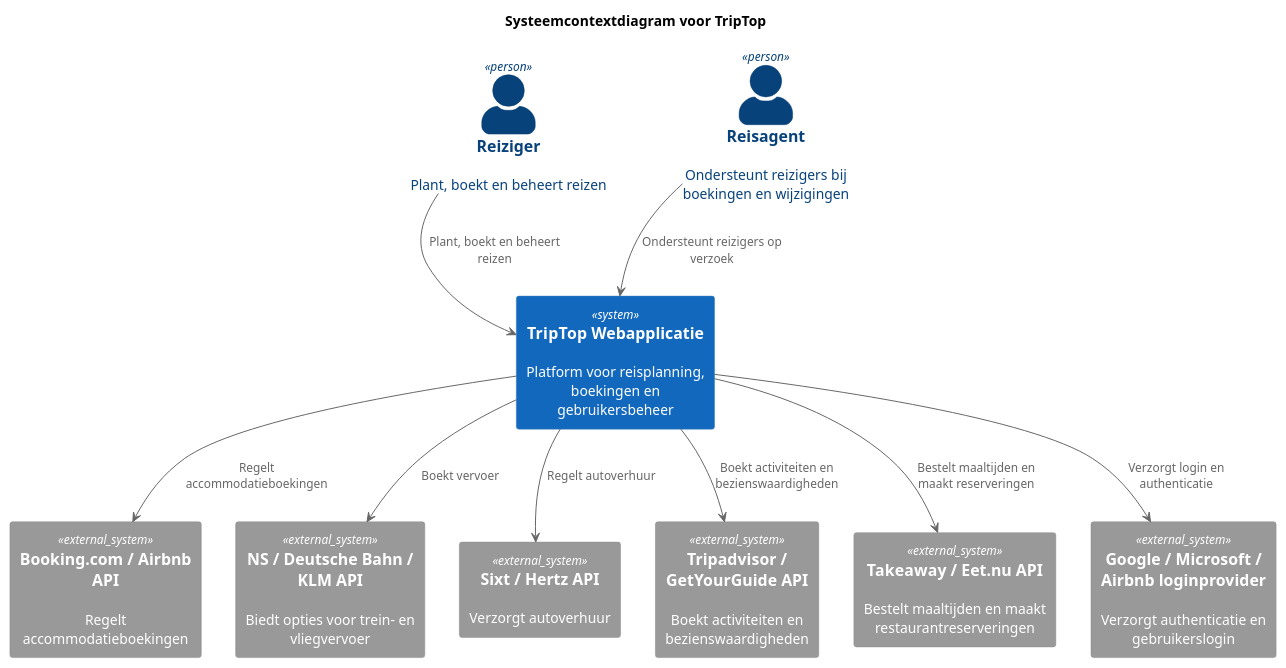
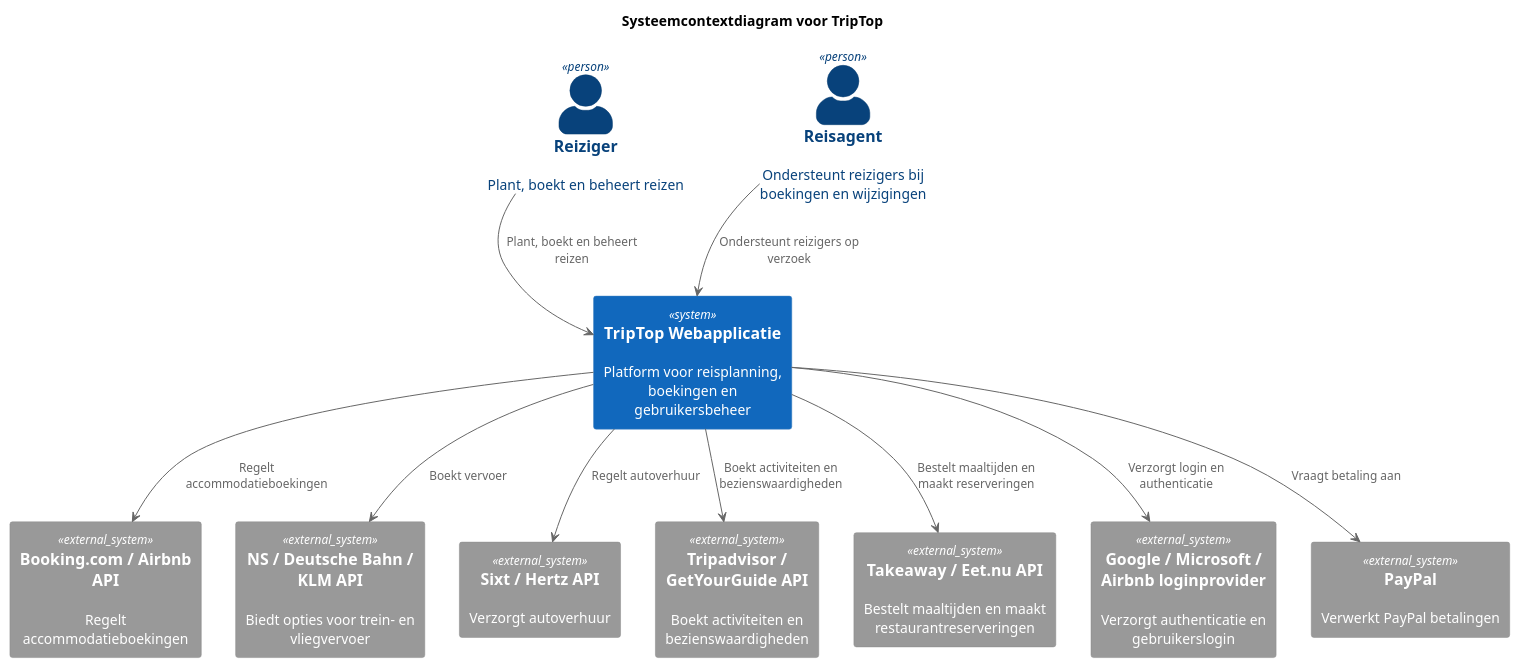
Before and after one commit to AIM-ENE-feb25/triptop-groep-3: the diagram in opdracht-diagrammen/C4 Context/Oud of overig/C4 Context diagram - Kevin.puml, drawn with PlantUML. The commit also changed 3 other files, not shown here.

Commit message:
Update diagrammen

```diff
--- a/opdracht-diagrammen/C4 Context/Oud of overig/C4 Context diagram - Kevin.puml
+++ b/opdracht-diagrammen/C4 Context/Oud of overig/C4 Context diagram - Kevin.puml
@@ -1,44 +1,46 @@
 @startuml
 
 !include https://raw.githubusercontent.com/plantuml-stdlib/C4-PlantUML/master/C4_Context.puml
 
 title Systeemcontextdiagram voor TripTop
 SHOW_PERSON_PORTRAIT()
 
 ' Gebruikers (boven)
 Person(Traveler, "Reiziger", "Plant, boekt en beheert reizen")
 Person(TravelAgent, "Reisagent", "Ondersteunt reizigers bij boekingen en wijzigingen")
 
 ' Systeem (midden)
 System(TripTop, "TripTop Webapplicatie", "Platform voor reisplanning, boekingen en gebruikersbeheer")
 
 ' Externe systemen (onder)
 System_Ext(Booking, "Booking.com / Airbnb API", "Regelt accommodatieboekingen")
 System_Ext(Transport, "NS / Deutsche Bahn / KLM API", "Biedt opties voor trein- en vliegvervoer")
 System_Ext(CarRent, "Sixt / Hertz API", "Verzorgt autoverhuur")
 System_Ext(Activities, "Tripadvisor / GetYourGuide API", "Boekt activiteiten en bezienswaardigheden")
 System_Ext(Food, "Takeaway / Eet.nu API", "Bestelt maaltijden en maakt restaurantreserveringen")
 System_Ext(IdProvider, "Google / Microsoft / Airbnb loginprovider", "Verzorgt authenticatie en gebruikerslogin")
+System_Ext(PayPal, "PayPal", "Verwerkt PayPal betalingen")
 
 ' Positionering
 Traveler -[hidden]-> TripTop
 TravelAgent -[hidden]-> TripTop
 TripTop -[hidden]-> Booking
 TripTop -[hidden]-> Transport
 TripTop -[hidden]-> CarRent
 TripTop -[hidden]-> Activities
 TripTop -[hidden]-> Food
 TripTop -[hidden]-> IdProvider
 
 ' Relaties
 Traveler -> TripTop : "Plant, boekt en beheert reizen"
 TravelAgent -> TripTop : "Ondersteunt reizigers op verzoek"
 
 TripTop -down-> Booking : "Regelt accommodatieboekingen"
 TripTop -down-> Transport : "Boekt vervoer"
 TripTop -down-> CarRent : "Regelt autoverhuur"
 TripTop -down-> Activities : "Boekt activiteiten en bezienswaardigheden"
 TripTop -down-> Food : "Bestelt maaltijden en maakt reserveringen"
 TripTop -down-> IdProvider : "Verzorgt login en authenticatie"
+TripTop -down-> PayPal : "Vraagt betaling aan"
 
 @enduml
```
